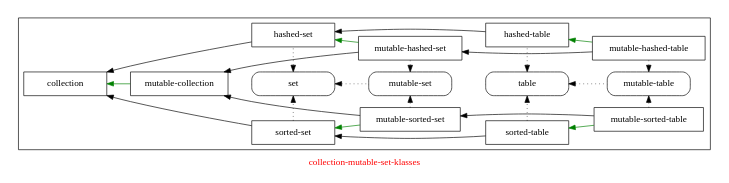
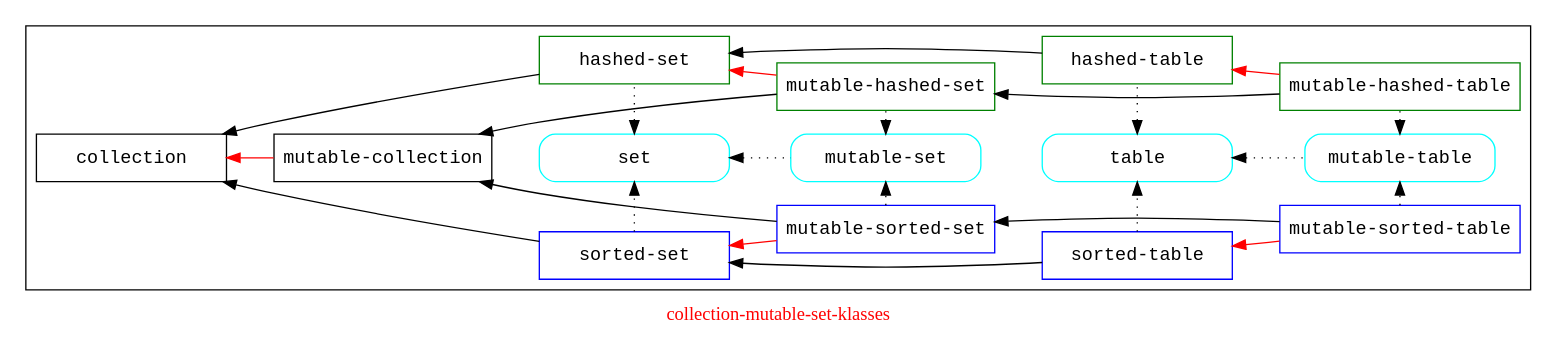
The diagram in doc/collection-mutable-set-klasses.dot (Ayyzee/dakota), drawn with Graphviz before and after one commit. The commit also changed 2 other files, not shown here.

Commit message:
Updated collection related dot files in preparation for mutable/immutable refactoring.

```diff
--- a/doc/collection-mutable-set-klasses.dot
+++ b/doc/collection-mutable-set-klasses.dot
@@ -1,97 +1,110 @@
 // -*- mode: C++; c-basic-offset: 2; tab-width: 2; indent-tabs-mode: nil -*-
 
 // Copyright (C) 2007, 2008, 2009 Robert Nielsen <robert@dakota.org>
 //
 // Licensed under the Apache License, Version 2.0 (the "License");
 // you may not use this file except in compliance with the License.
 // You may obtain a copy of the License at
 //
 //      http://www.apache.org/licenses/LICENSE-2.0
 //
 // Unless required by applicable law or agreed to in writing, software
 // distributed under the License is distributed on an "AS IS" BASIS,
 // WITHOUT WARRANTIES OR CONDITIONS OF ANY KIND, either express or implied.
 // See the License for the specific language governing permissions and
 // limitations under the License.
 
 digraph "collection-mutable-set-klasses"
 {
-  graph [ label = "\G", fontcolor = red ];
-  graph [ rankdir = LR, center = true, page = "8.5,11", size = "7.5,10" ];
-//   graph [ ratio = fill ];
-  node [ shape = rect, width = 1.75 ];
-  edge [ dir = back ];
+	graph [ label = "\G",
+          fontcolor = red,
+          rankdir = LR,
+	];
+	node [ fontname = courier,
+         shape = rect,
+         width = 2.0,
+	];
+	edge [ dir = back, // its more natural to see: some-klass <- some-subklass
+	];
 
 //   subgraph "cluster-legend"
 //   {
 //     graph [ label = "legend" ];
 //     "klass w/o slots";
 //     "klass w/ slots" [ color = blue ];
 //     "union klass" [ color = green ];
 //     "trait" [ style = rounded ];
 //   }
 
   subgraph "cluster-main"
   {
     graph [ label = "" ];
     // traits
-    "set" [ style = rounded ];
-    "table" [ style = rounded ];
-    "mutable-set" [ style = rounded ];
-    "mutable-table" [ style = rounded ];
+    "set" [ style = rounded, color = cyan ];
+    "table" [ style = rounded, color = cyan ];
+    "mutable-set" [ style = rounded, color = cyan ];
+    "mutable-table" [ style = rounded, color = cyan ];
+    "hashed-set" [ color = green ];
+    "sorted-set" [ color = blue ];
+    "hashed-table" [ color = green ];
+    "sorted-table" [ color = blue ];
+    "mutable-hashed-table" [ color = green ];
+    "mutable-sorted-table" [ color = blue ];
+    "mutable-hashed-set" [ color = green ];
+    "mutable-sorted-set" [ color = blue ];
 
     // klass-to-klass edges
     "mutable-collection" -> "mutable-sorted-set";
     "mutable-collection" -> "mutable-hashed-set";
     "collection" -> "sorted-set";
     "collection" -> "hashed-set";
-    "collection" -> "mutable-collection" [ color = "green" ];
-    "sorted-set" -> "mutable-sorted-set" [ color = "green" ];
-    "hashed-set" -> "mutable-hashed-set" [ color = "green" ];
+    "collection" -> "mutable-collection" [ color = red ];
+    "sorted-set" -> "mutable-sorted-set" [ color = red ];
+    "hashed-set" -> "mutable-hashed-set" [ color = red ];
     "sorted-set" -> "sorted-table";
     "hashed-set" -> "hashed-table";
 
     // trait-to-trait edges
     "set" -> "mutable-set" [ style = dotted ];
     "table" -> "mutable-table" [ style = dotted ];
 
     // klass-to-trait edges
     // to debug set color = red
     "sorted-set" -> "set" [ style = dotted, dir = forward ];
     "sorted-table" -> "table" [ style = dotted, dir = forward ];
     "mutable-sorted-set" -> "mutable-set" [ style = dotted,  dir = forward ];
     "mutable-sorted-table" -> "mutable-table" [ style = dotted,  dir = forward ];
 
     // trait-to-klass edges
     "set" -> "hashed-set" [ style = dotted ];
     "table" -> "hashed-table" [ style = dotted ];
     "mutable-set" -> "mutable-hashed-set" [ style = dotted ];
     "mutable-table" -> "mutable-hashed-table" [ style = dotted ];
 
     "mutable-sorted-set" -> "mutable-sorted-table";
     "mutable-hashed-set" -> "mutable-hashed-table";
 
-    "sorted-table" -> "mutable-sorted-table" [ color = "green" ];
-    "hashed-table" -> "mutable-hashed-table" [ color = "green" ];
+    "sorted-table" -> "mutable-sorted-table" [ color = red ];
+    "hashed-table" -> "mutable-hashed-table" [ color = red ];
 
     { rank = same; "sorted-set"; "set" };
     { rank = same; "hashed-set"; "set" };
 
     { rank = same; "mutable-sorted-set"; "mutable-set" };
     { rank = same; "mutable-hashed-set"; "mutable-set" };
 
     { rank = same; "mutable-sorted-table"; "mutable-table" };
     { rank = same; "mutable-hashed-table"; "mutable-table" };
 
     { rank = same; "sorted-table"; "table" };
     { rank = same; "hashed-table"; "table" };
 
     // layout hacks
     // to debug set color = gray
     "mutable-sorted-set" -> "table" [ style = invis ];
     "mutable-hashed-set" -> "table" [ style = invis ];
   }
 
   // layout only
-  "mutable-collection" -> "set" [ style = "invis" ];
+  "mutable-collection" -> "set" [ style = invis ];
 }
```
